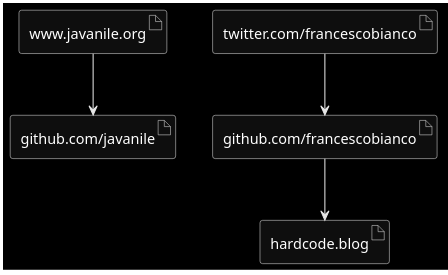
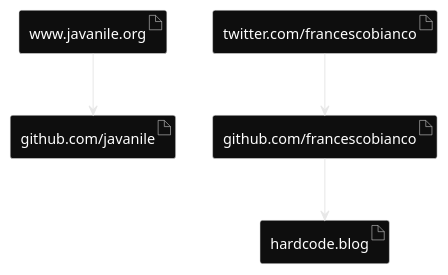
One commit to francescobianco/assets changed the diagram in docs/assets.puml. Above: the diagram before and after it, drawn with PlantUML.

```diff
--- a/docs/assets.puml
+++ b/docs/assets.puml
@@ -1,22 +1,23 @@
 @startuml
 skinparam monochrome reverse
+skinparam backgroundcolor transparent
 
 '== Assets =='
 
 '-- Javanile --'
 artifact "www.javanile.org"
 artifact "github.com/javanile"
 
 '-- Francesco Bianco --'
 artifact "github.com/francescobianco"
 artifact "twitter.com/francescobianco"
 artifact "hardcode.blog"
 
 '== Connections =='
 
 [www.javanile.org] --> [github.com/javanile]
 [twitter.com/francescobianco] --> [github.com/francescobianco]
 
 [github.com/francescobianco] --> [hardcode.blog]
 
 @enduml
```
